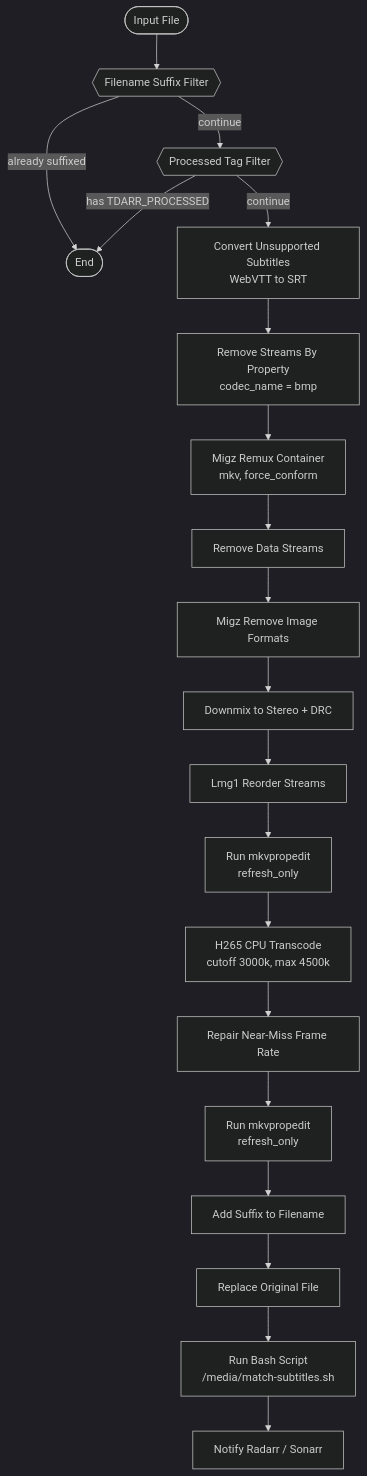
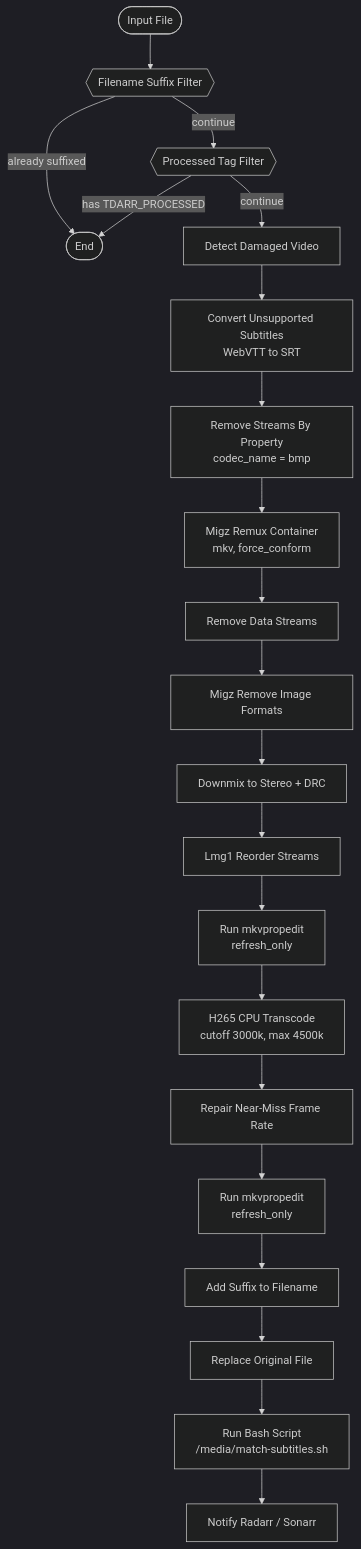
Before and after one commit to The1nk/tdarr_plugins: the diagram in README.md, drawn with Mermaid (dark theme). The commit also changed other lines of this file, not shown here.

First line of the commit message:
Document the Detect Damaged Video plugin and Repair Frame Rate's gap check

````diff
--- a/README.md
+++ b/README.md
@@ -21,22 +21,23 @@
 ```mermaid
 flowchart TD
     input([Input File]) --> f1{{Filename Suffix Filter}}
     f1 -- already suffixed --> stop([End])
     f1 -- continue --> f2{{Processed Tag Filter}}
     f2 -- has TDARR_PROCESSED --> stop
-    f2 -- continue --> t1[Convert Unsupported Subtitles<br/>WebVTT to SRT]
+    f2 -- continue --> t0[Detect Damaged Video]
+    t0 --> t1[Convert Unsupported Subtitles<br/>WebVTT to SRT]
     t1 --> t2[Remove Streams By Property<br/>codec_name = bmp]
     t2 --> t3[Migz Remux Container<br/>mkv, force_conform]
     t3 --> t4[Remove Data Streams]
     t4 --> t5[Migz Remove Image Formats]
     t5 --> t7[Downmix to Stereo + DRC]
     t7 --> t8[Lmg1 Reorder Streams]
     t8 --> t8b[Run mkvpropedit<br/>refresh_only]
     t8b --> t9[H265 CPU Transcode<br/>cutoff 3000k, max 4500k]
     t9 --> t9b[Repair Near-Miss Frame Rate]
     t9b --> t9c[Run mkvpropedit<br/>refresh_only]
     t9c --> t10[Add Suffix to Filename]
     t10 --> replace[Replace Original File]
     replace --> p1[Run Bash Script<br/>/media/match-subtitles.sh]
     p1 --> p2[Notify Radarr / Sonarr]
 ```
````
